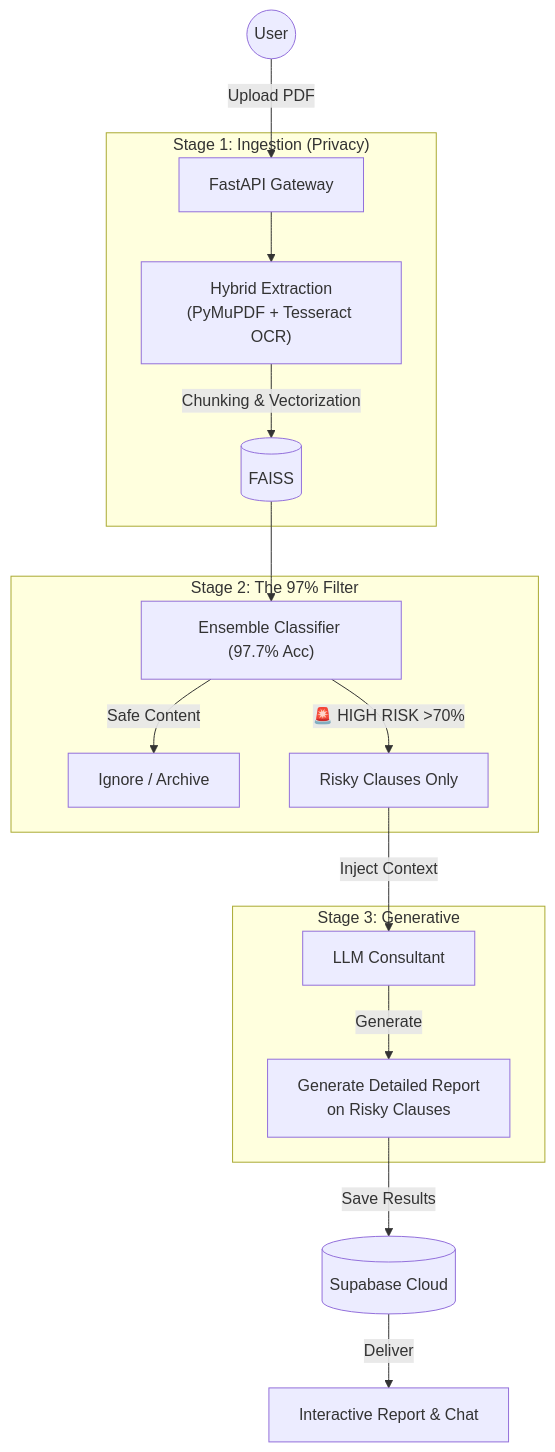
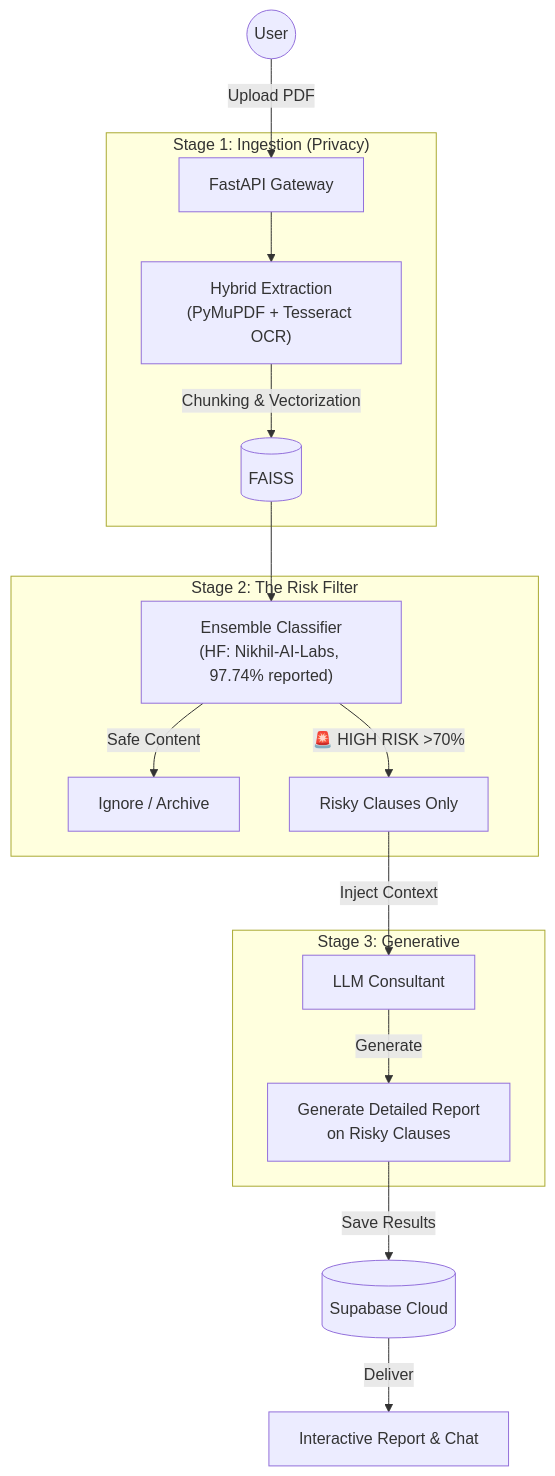
One commit to abhishek-3740/LegalMind changed the diagram in README.md. Above: the diagram before and after it, drawn with Mermaid. The commit also changed other lines of this file, not shown here.

````diff
--- a/README.md
+++ b/README.md
@@ -69,25 +80,25 @@
 ```mermaid
 graph TD
     User((User)) -->|Upload PDF| FastAPI
 
     subgraph "Stage 1: Ingestion (Privacy)"
         FastAPI[FastAPI Gateway] --> Hybrid["Hybrid Extraction<br/>(PyMuPDF + Tesseract OCR)"]
         Hybrid -->|Chunking & Vectorization| FAISS[(FAISS)]
     end
 
     FAISS --> Ensemble
 
-    subgraph "Stage 2: The 97% Filter"
-        Ensemble["Ensemble Classifier (97.7% Acc)"] -->|Safe Content| Safe["Ignore / Archive"]
+    subgraph "Stage 2: The Risk Filter"
+        Ensemble["Ensemble Classifier<br/>(HF: Nikhil-AI-Labs, 97.74% reported)"] -->|Safe Content| Safe["Ignore / Archive"]
         Ensemble -->|🚨 HIGH RISK >70%| Risky["Risky Clauses Only"]
     end
 
     Risky -->|Inject Context| LLM
 
     subgraph "Stage 3: Generative"
         LLM["LLM Consultant"] -->|Generate| Report["Generate Detailed Report<br/>on Risky Clauses"]
     end
 
     Report -->|Save Results| DB[(Supabase Cloud)]
     DB -->|Deliver| UI["Interactive Report & Chat"]
  ```
````
